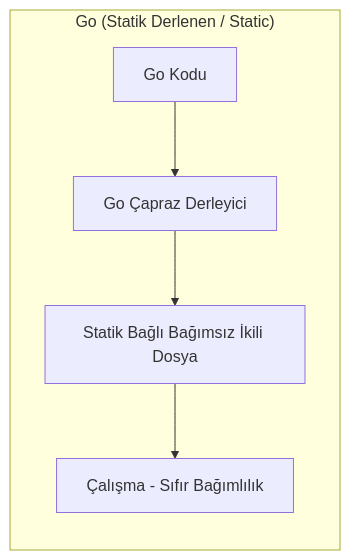
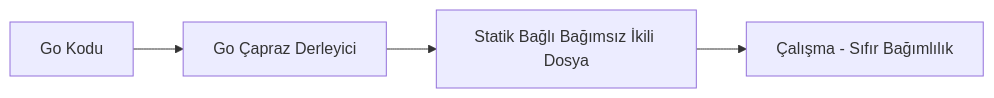
The third of 4 diagrams in website/content/golang-for-hackers/tr.md (yusufarbc/yusufarbc), drawn with Mermaid before and after one commit. The commit also changed other lines of this file and 1 other file, not shown here.

````diff
--- a/website/content/golang-for-hackers/tr.md
+++ b/website/content/golang-for-hackers/tr.md
@@ -150,8 +152,6 @@
 ```mermaid
 graph LR
-    subgraph "Go (Statik Derlenen / Static)"
-        G_Source[Go Kodu] --> G_Compiler[Go Çapraz Derleyici]
-        G_Compiler --> G_Binary[Statik Bağlı Bağımsız İkili Dosya]
-        G_Binary --> G_Execution[Çalışma - Sıfır Bağımlılık]
-    end
+    G_Source[Go Kodu] --> G_Compiler[Go Çapraz Derleyici]
+    G_Compiler --> G_Binary[Statik Bağlı Bağımsız İkili Dosya]
+    G_Binary --> G_Execution[Çalışma - Sıfır Bağımlılık]
 ```
````
